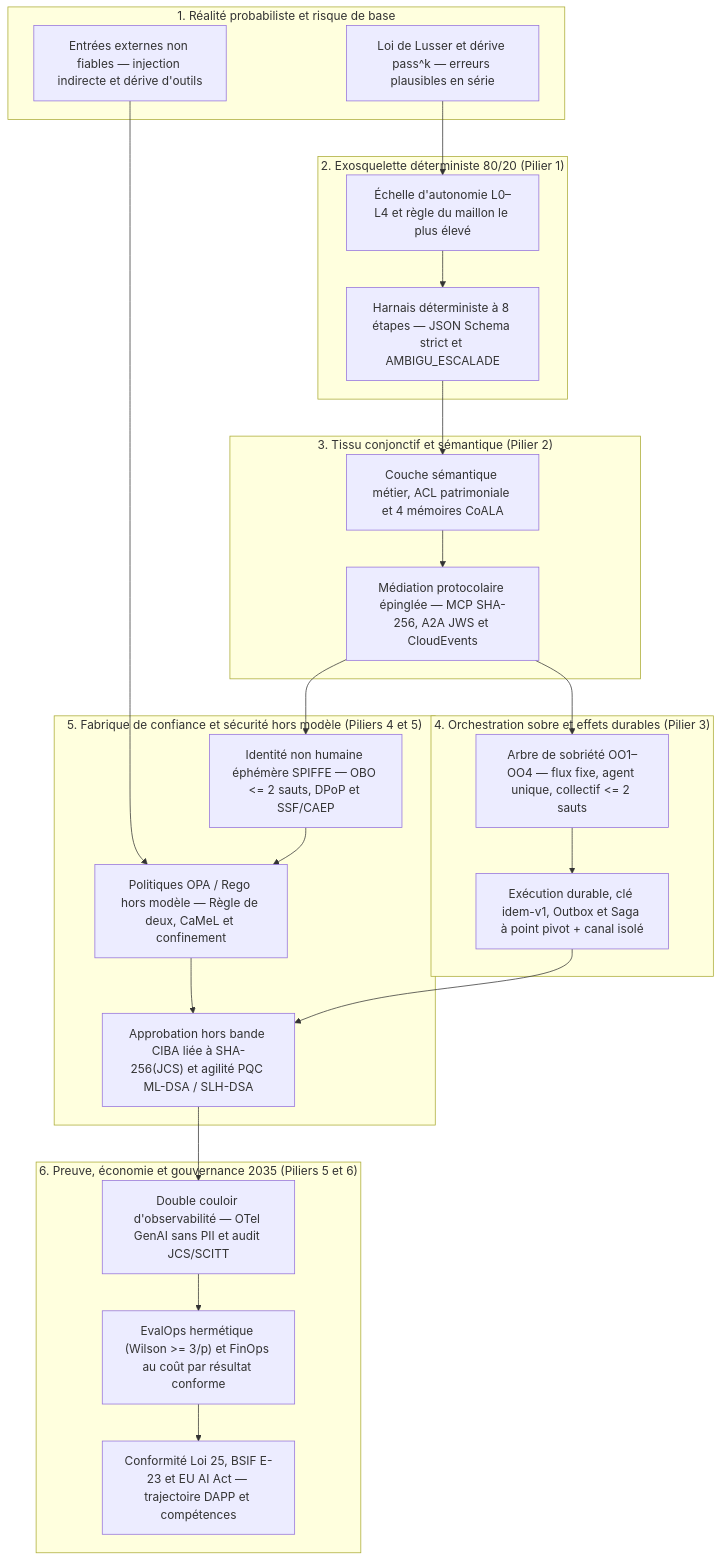
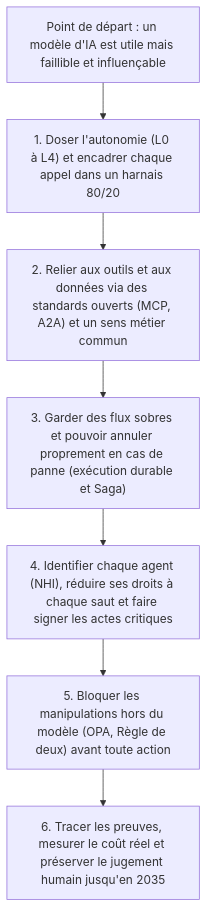
One commit to agbruneau/Agentique changed the diagram in README.md. Above: the diagram before and after it, drawn with Mermaid. The commit also changed other lines of this file, not shown here.

````diff
--- a/README.md
+++ b/README.md
@@ -65,40 +56,12 @@
 ```mermaid
 flowchart TD
-    subgraph P0["1. Réalité probabiliste et risque de base"]
-        LUS["Loi de Lusser et dérive pass^k — erreurs plausibles en série"]
-        INJ["Entrées externes non fiables — injection indirecte et dérive d'outils"]
-    end
+    P0["Point de départ : un modèle d'IA est utile mais faillible et influençable"]
+    P1["1. Doser l'autonomie (L0 à L4) et encadrer chaque appel dans un harnais 80/20"]
+    P2["2. Relier aux outils et aux données via des standards ouverts (MCP, A2A) et un sens métier commun"]
+    P3["3. Garder des flux sobres et pouvoir annuler proprement en cas de panne (exécution durable et Saga)"]
+    P4["4. Identifier chaque agent (NHI), réduire ses droits à chaque saut et faire signer les actes critiques"]
+    P5["5. Bloquer les manipulations hors du modèle (OPA, Règle de deux) avant toute action"]
+    P6["6. Tracer les preuves, mesurer le coût réel et préserver le jugement humain jusqu'en 2035"]
 
-    subgraph P1["2. Exosquelette déterministe 80/20 (Pilier 1)"]
-        AUT["Échelle d'autonomie L0–L4 et règle du maillon le plus élevé"]
-        HAR["Harnais déterministe à 8 étapes — JSON Schema strict et AMBIGU_ESCALADE"]
-    end
-
-    subgraph P2["3. Tissu conjonctif et sémantique (Pilier 2)"]
-        SEM["Couche sémantique métier, ACL patrimoniale et 4 mémoires CoALA"]
-        PRO["Médiation protocolaire épinglée — MCP SHA-256, A2A JWS et CloudEvents"]
-    end
-
-    subgraph P3["4. Orchestration sobre et effets durables (Pilier 3)"]
-        SOB["Arbre de sobriété OO1–OO4 — flux fixe, agent unique, collectif <= 2 sauts"]
-        SAG["Exécution durable, clé idem-v1, Outbox et Saga à point pivot + canal isolé"]
-    end
-
-    subgraph P4["5. Fabrique de confiance et sécurité hors modèle (Piliers 4 et 5)"]
-        NHI["Identité non humaine éphémère SPIFFE — OBO <= 2 sauts, DPoP et SSF/CAEP"]
-        OPA["Politiques OPA / Rego hors modèle — Règle de deux, CaMeL et confinement"]
-        CIB["Approbation hors bande CIBA liée à SHA-256(JCS) et agilité PQC ML-DSA / SLH-DSA"]
-    end
-
-    subgraph P5["6. Preuve, économie et gouvernance 2035 (Piliers 5 et 6)"]
-        OBS["Double couloir d'observabilité — OTel GenAI sans PII et audit JCS/SCITT"]
-        EVA["EvalOps hermétique (Wilson >= 3/p) et FinOps au coût par résultat conforme"]
-        GOV["Conformité Loi 25, BSIF E-23 et EU AI Act — trajectoire DAPP et compétences"]
-    end
-
-    LUS --> AUT --> HAR
-    INJ --> OPA
-    HAR --> SEM --> PRO --> SOB --> SAG
-    PRO --> NHI --> OPA --> CIB
-    SAG --> CIB --> OBS --> EVA --> GOV
+    P0 --> P1 --> P2 --> P3 --> P4 --> P5 --> P6
 ```
````
